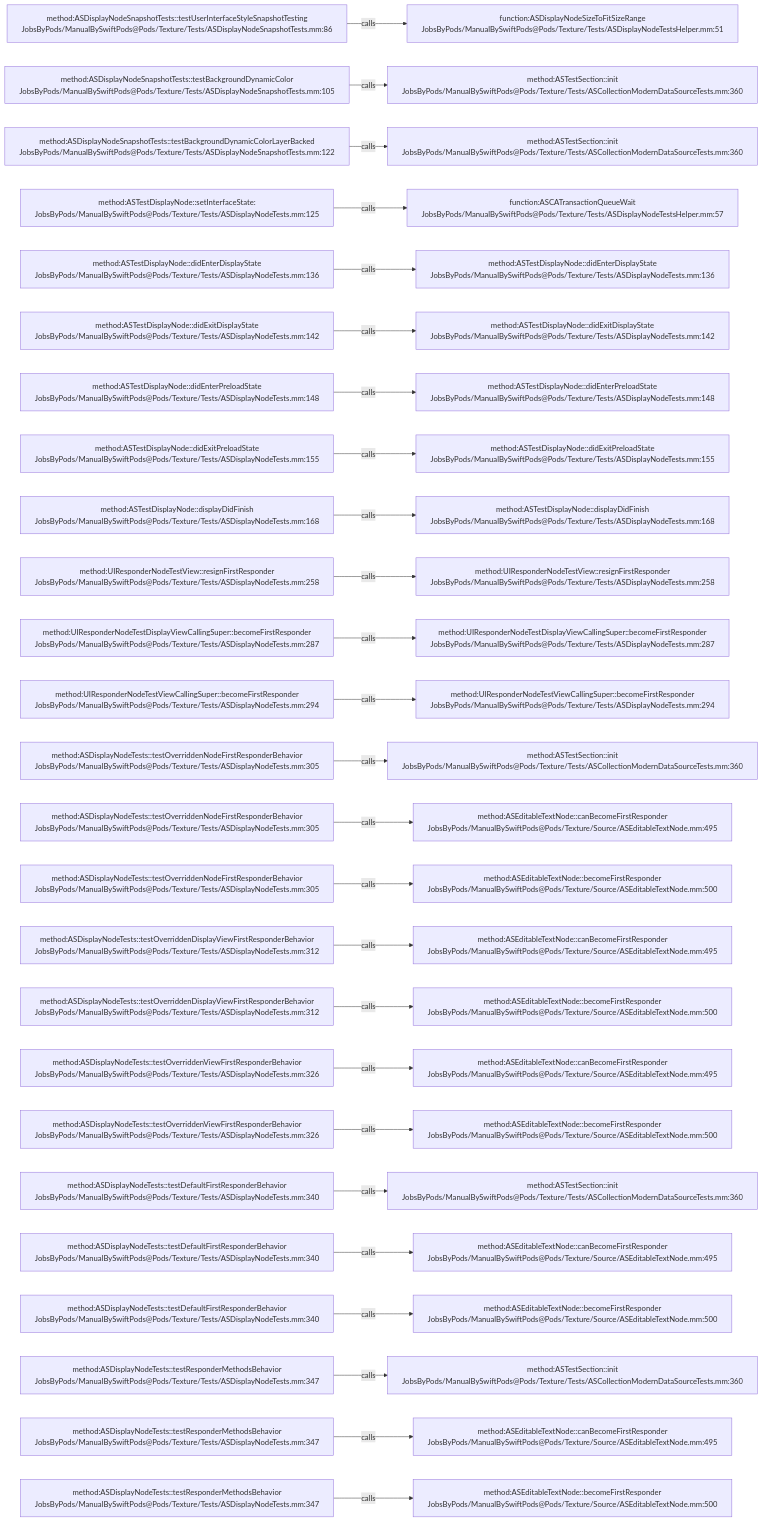
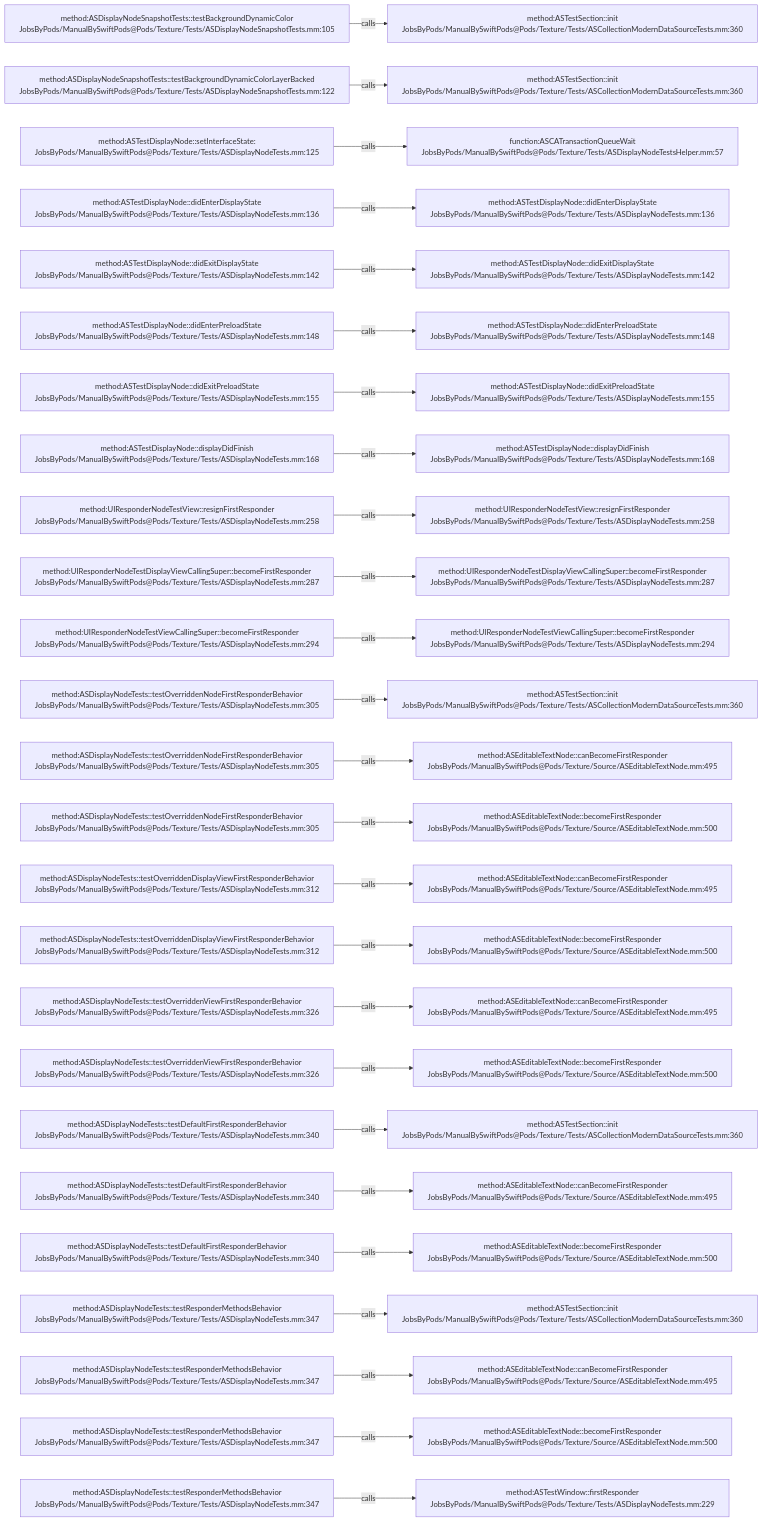
One commit to JobsKits/JobsSwiftBaseConfigDemo changed the diagram in .codegraph/codegraph.md/graphs/calls-186.md. Above: the diagram before and after it, drawn with Mermaid. The commit also changed 747 other files, not shown here.

````diff
--- a/.codegraph/codegraph.md/graphs/calls-186.md
+++ b/.codegraph/codegraph.md/graphs/calls-186.md
@@ -13,78 +13,78 @@
 ```mermaid
 flowchart LR
-  S1["method:ASDisplayNodeSnapshotTests::testUserInterfaceStyleSnapshotTesting<br/>JobsByPods/ManualBySwiftPods@Pods/Texture/Tests/ASDisplayNodeSnapshotTests.mm:86"]
-  T1["function:ASDisplayNodeSizeToFitSizeRange<br/>JobsByPods/ManualBySwiftPods@Pods/Texture/Tests/ASDisplayNodeTestsHelper.mm:51"]
+  S1["method:ASDisplayNodeSnapshotTests::testBackgroundDynamicColor<br/>JobsByPods/ManualBySwiftPods@Pods/Texture/Tests/ASDisplayNodeSnapshotTests.mm:105"]
+  T1["method:ASTestSection::init<br/>JobsByPods/ManualBySwiftPods@Pods/Texture/Tests/ASCollectionModernDataSourceTests.mm:360"]
   S1 -->|calls| T1
-  S2["method:ASDisplayNodeSnapshotTests::testBackgroundDynamicColor<br/>JobsByPods/ManualBySwiftPods@Pods/Texture/Tests/ASDisplayNodeSnapshotTests.mm:105"]
+  S2["method:ASDisplayNodeSnapshotTests::testBackgroundDynamicColorLayerBacked<br/>JobsByPods/ManualBySwiftPods@Pods/Texture/Tests/ASDisplayNodeSnapshotTests.mm:122"]
   T2["method:ASTestSection::init<br/>JobsByPods/ManualBySwiftPods@Pods/Texture/Tests/ASCollectionModernDataSourceTests.mm:360"]
   S2 -->|calls| T2
-  S3["method:ASDisplayNodeSnapshotTests::testBackgroundDynamicColorLayerBacked<br/>JobsByPods/ManualBySwiftPods@Pods/Texture/Tests/ASDisplayNodeSnapshotTests.mm:122"]
-  T3["method:ASTestSection::init<br/>JobsByPods/ManualBySwiftPods@Pods/Texture/Tests/ASCollectionModernDataSourceTests.mm:360"]
+  S3["method:ASTestDisplayNode::setInterfaceState:<br/>JobsByPods/ManualBySwiftPods@Pods/Texture/Tests/ASDisplayNodeTests.mm:125"]
+  T3["function:ASCATransactionQueueWait<br/>JobsByPods/ManualBySwiftPods@Pods/Texture/Tests/ASDisplayNodeTestsHelper.mm:57"]
   S3 -->|calls| T3
-  S4["method:ASTestDisplayNode::setInterfaceState:<br/>JobsByPods/ManualBySwiftPods@Pods/Texture/Tests/ASDisplayNodeTests.mm:125"]
-  T4["function:ASCATransactionQueueWait<br/>JobsByPods/ManualBySwiftPods@Pods/Texture/Tests/ASDisplayNodeTestsHelper.mm:57"]
+  S4["method:ASTestDisplayNode::didEnterDisplayState<br/>JobsByPods/ManualBySwiftPods@Pods/Texture/Tests/ASDisplayNodeTests.mm:136"]
+  T4["method:ASTestDisplayNode::didEnterDisplayState<br/>JobsByPods/ManualBySwiftPods@Pods/Texture/Tests/ASDisplayNodeTests.mm:136"]
   S4 -->|calls| T4
-  S5["method:ASTestDisplayNode::didEnterDisplayState<br/>JobsByPods/ManualBySwiftPods@Pods/Texture/Tests/ASDisplayNodeTests.mm:136"]
-  T5["method:ASTestDisplayNode::didEnterDisplayState<br/>JobsByPods/ManualBySwiftPods@Pods/Texture/Tests/ASDisplayNodeTests.mm:136"]
+  S5["method:ASTestDisplayNode::didExitDisplayState<br/>JobsByPods/ManualBySwiftPods@Pods/Texture/Tests/ASDisplayNodeTests.mm:142"]
+  T5["method:ASTestDisplayNode::didExitDisplayState<br/>JobsByPods/ManualBySwiftPods@Pods/Texture/Tests/ASDisplayNodeTests.mm:142"]
   S5 -->|calls| T5
-  S6["method:ASTestDisplayNode::didExitDisplayState<br/>JobsByPods/ManualBySwiftPods@Pods/Texture/Tests/ASDisplayNodeTests.mm:142"]
-  T6["method:ASTestDisplayNode::didExitDisplayState<br/>JobsByPods/ManualBySwiftPods@Pods/Texture/Tests/ASDisplayNodeTests.mm:142"]
+  S6["method:ASTestDisplayNode::didEnterPreloadState<br/>JobsByPods/ManualBySwiftPods@Pods/Texture/Tests/ASDisplayNodeTests.mm:148"]
+  T6["method:ASTestDisplayNode::didEnterPreloadState<br/>JobsByPods/ManualBySwiftPods@Pods/Texture/Tests/ASDisplayNodeTests.mm:148"]
   S6 -->|calls| T6
-  S7["method:ASTestDisplayNode::didEnterPreloadState<br/>JobsByPods/ManualBySwiftPods@Pods/Texture/Tests/ASDisplayNodeTests.mm:148"]
-  T7["method:ASTestDisplayNode::didEnterPreloadState<br/>JobsByPods/ManualBySwiftPods@Pods/Texture/Tests/ASDisplayNodeTests.mm:148"]
+  S7["method:ASTestDisplayNode::didExitPreloadState<br/>JobsByPods/ManualBySwiftPods@Pods/Texture/Tests/ASDisplayNodeTests.mm:155"]
+  T7["method:ASTestDisplayNode::didExitPreloadState<br/>JobsByPods/ManualBySwiftPods@Pods/Texture/Tests/ASDisplayNodeTests.mm:155"]
   S7 -->|calls| T7
-  S8["method:ASTestDisplayNode::didExitPreloadState<br/>JobsByPods/ManualBySwiftPods@Pods/Texture/Tests/ASDisplayNodeTests.mm:155"]
-  T8["method:ASTestDisplayNode::didExitPreloadState<br/>JobsByPods/ManualBySwiftPods@Pods/Texture/Tests/ASDisplayNodeTests.mm:155"]
+  S8["method:ASTestDisplayNode::displayDidFinish<br/>JobsByPods/ManualBySwiftPods@Pods/Texture/Tests/ASDisplayNodeTests.mm:168"]
+  T8["method:ASTestDisplayNode::displayDidFinish<br/>JobsByPods/ManualBySwiftPods@Pods/Texture/Tests/ASDisplayNodeTests.mm:168"]
   S8 -->|calls| T8
-  S9["method:ASTestDisplayNode::displayDidFinish<br/>JobsByPods/ManualBySwiftPods@Pods/Texture/Tests/ASDisplayNodeTests.mm:168"]
-  T9["method:ASTestDisplayNode::displayDidFinish<br/>JobsByPods/ManualBySwiftPods@Pods/Texture/Tests/ASDisplayNodeTests.mm:168"]
+  S9["method:UIResponderNodeTestView::resignFirstResponder<br/>JobsByPods/ManualBySwiftPods@Pods/Texture/Tests/ASDisplayNodeTests.mm:258"]
+  T9["method:UIResponderNodeTestView::resignFirstResponder<br/>JobsByPods/ManualBySwiftPods@Pods/Texture/Tests/ASDisplayNodeTests.mm:258"]
   S9 -->|calls| T9
-  S10["method:UIResponderNodeTestView::resignFirstResponder<br/>JobsByPods/ManualBySwiftPods@Pods/Texture/Tests/ASDisplayNodeTests.mm:258"]
-  T10["method:UIResponderNodeTestView::resignFirstResponder<br/>JobsByPods/ManualBySwiftPods@Pods/Texture/Tests/ASDisplayNodeTests.mm:258"]
+  S10["method:UIResponderNodeTestDisplayViewCallingSuper::becomeFirstResponder<br/>JobsByPods/ManualBySwiftPods@Pods/Texture/Tests/ASDisplayNodeTests.mm:287"]
+  T10["method:UIResponderNodeTestDisplayViewCallingSuper::becomeFirstResponder<br/>JobsByPods/ManualBySwiftPods@Pods/Texture/Tests/ASDisplayNodeTests.mm:287"]
   S10 -->|calls| T10
-  S11["method:UIResponderNodeTestDisplayViewCallingSuper::becomeFirstResponder<br/>JobsByPods/ManualBySwiftPods@Pods/Texture/Tests/ASDisplayNodeTests.mm:287"]
-  T11["method:UIResponderNodeTestDisplayViewCallingSuper::becomeFirstResponder<br/>JobsByPods/ManualBySwiftPods@Pods/Texture/Tests/ASDisplayNodeTests.mm:287"]
+  S11["method:UIResponderNodeTestViewCallingSuper::becomeFirstResponder<br/>JobsByPods/ManualBySwiftPods@Pods/Texture/Tests/ASDisplayNodeTests.mm:294"]
+  T11["method:UIResponderNodeTestViewCallingSuper::becomeFirstResponder<br/>JobsByPods/ManualBySwiftPods@Pods/Texture/Tests/ASDisplayNodeTests.mm:294"]
   S11 -->|calls| T11
-  S12["method:UIResponderNodeTestViewCallingSuper::becomeFirstResponder<br/>JobsByPods/ManualBySwiftPods@Pods/Texture/Tests/ASDisplayNodeTests.mm:294"]
-  T12["method:UIResponderNodeTestViewCallingSuper::becomeFirstResponder<br/>JobsByPods/ManualBySwiftPods@Pods/Texture/Tests/ASDisplayNodeTests.mm:294"]
+  S12["method:ASDisplayNodeTests::testOverriddenNodeFirstResponderBehavior<br/>JobsByPods/ManualBySwiftPods@Pods/Texture/Tests/ASDisplayNodeTests.mm:305"]
+  T12["method:ASTestSection::init<br/>JobsByPods/ManualBySwiftPods@Pods/Texture/Tests/ASCollectionModernDataSourceTests.mm:360"]
   S12 -->|calls| T12
   S13["method:ASDisplayNodeTests::testOverriddenNodeFirstResponderBehavior<br/>JobsByPods/ManualBySwiftPods@Pods/Texture/Tests/ASDisplayNodeTests.mm:305"]
-  T13["method:ASTestSection::init<br/>JobsByPods/ManualBySwiftPods@Pods/Texture/Tests/ASCollectionModernDataSourceTests.mm:360"]
+  T13["method:ASEditableTextNode::canBecomeFirstResponder<br/>JobsByPods/ManualBySwiftPods@Pods/Texture/Source/ASEditableTextNode.mm:495"]
   S13 -->|calls| T13
   S14["method:ASDisplayNodeTests::testOverriddenNodeFirstResponderBehavior<br/>JobsByPods/ManualBySwiftPods@Pods/Texture/Tests/ASDisplayNodeTests.mm:305"]
-  T14["method:ASEditableTextNode::canBecomeFirstResponder<br/>JobsByPods/ManualBySwiftPods@Pods/Texture/Source/ASEditableTextNode.mm:495"]
+  T14["method:ASEditableTextNode::becomeFirstResponder<br/>JobsByPods/ManualBySwiftPods@Pods/Texture/Source/ASEditableTextNode.mm:500"]
   S14 -->|calls| T14
-  S15["method:ASDisplayNodeTests::testOverriddenNodeFirstResponderBehavior<br/>JobsByPods/ManualBySwiftPods@Pods/Texture/Tests/ASDisplayNodeTests.mm:305"]
-  T15["method:ASEditableTextNode::becomeFirstResponder<br/>JobsByPods/ManualBySwiftPods@Pods/Texture/Source/ASEditableTextNode.mm:500"]
+  S15["method:ASDisplayNodeTests::testOverriddenDisplayViewFirstResponderBehavior<br/>JobsByPods/ManualBySwiftPods@Pods/Texture/Tests/ASDisplayNodeTests.mm:312"]
+  T15["method:ASEditableTextNode::canBecomeFirstResponder<br/>JobsByPods/ManualBySwiftPods@Pods/Texture/Source/ASEditableTextNode.mm:495"]
   S15 -->|calls| T15
   S16["method:ASDisplayNodeTests::testOverriddenDisplayViewFirstResponderBehavior<br/>JobsByPods/ManualBySwiftPods@Pods/Texture/Tests/ASDisplayNodeTests.mm:312"]
-  T16["method:ASEditableTextNode::canBecomeFirstResponder<br/>JobsByPods/ManualBySwiftPods@Pods/Texture/Source/ASEditableTextNode.mm:495"]
+  T16["method:ASEditableTextNode::becomeFirstResponder<br/>JobsByPods/ManualBySwiftPods@Pods/Texture/Source/ASEditableTextNode.mm:500"]
   S16 -->|calls| T16
-  S17["method:ASDisplayNodeTests::testOverriddenDisplayViewFirstResponderBehavior<br/>JobsByPods/ManualBySwiftPods@Pods/Texture/Tests/ASDisplayNodeTests.mm:312"]
-  T17["method:ASEditableTextNode::becomeFirstResponder<br/>JobsByPods/ManualBySwiftPods@Pods/Texture/Source/ASEditableTextNode.mm:500"]
+  S17["method:ASDisplayNodeTests::testOverriddenViewFirstResponderBehavior<br/>JobsByPods/ManualBySwiftPods@Pods/Texture/Tests/ASDisplayNodeTests.mm:326"]
+  T17["method:ASEditableTextNode::canBecomeFirstResponder<br/>JobsByPods/ManualBySwiftPods@Pods/Texture/Source/ASEditableTextNode.mm:495"]
   S17 -->|calls| T17
   S18["method:ASDisplayNodeTests::testOverriddenViewFirstResponderBehavior<br/>JobsByPods/ManualBySwiftPods@Pods/Texture/Tests/ASDisplayNodeTests.mm:326"]
-  T18["method:ASEditableTextNode::canBecomeFirstResponder<br/>JobsByPods/ManualBySwiftPods@Pods/Texture/Source/ASEditableTextNode.mm:495"]
+  T18["method:ASEditableTextNode::becomeFirstResponder<br/>JobsByPods/ManualBySwiftPods@Pods/Texture/Source/ASEditableTextNode.mm:500"]
   S18 -->|calls| T18
-  S19["method:ASDisplayNodeTests::testOverriddenViewFirstResponderBehavior<br/>JobsByPods/ManualBySwiftPods@Pods/Texture/Tests/ASDisplayNodeTests.mm:326"]
-  T19["method:ASEditableTextNode::becomeFirstResponder<br/>JobsByPods/ManualBySwiftPods@Pods/Texture/Source/ASEditableTextNode.mm:500"]
+  S19["method:ASDisplayNodeTests::testDefaultFirstResponderBehavior<br/>JobsByPods/ManualBySwiftPods@Pods/Texture/Tests/ASDisplayNodeTests.mm:340"]
+  T19["method:ASTestSection::init<br/>JobsByPods/ManualBySwiftPods@Pods/Texture/Tests/ASCollectionModernDataSourceTests.mm:360"]
   S19 -->|calls| T19
   S20["method:ASDisplayNodeTests::testDefaultFirstResponderBehavior<br/>JobsByPods/ManualBySwiftPods@Pods/Texture/Tests/ASDisplayNodeTests.mm:340"]
-  T20["method:ASTestSection::init<br/>JobsByPods/ManualBySwiftPods@Pods/Texture/Tests/ASCollectionModernDataSourceTests.mm:360"]
+  T20["method:ASEditableTextNode::canBecomeFirstResponder<br/>JobsByPods/ManualBySwiftPods@Pods/Texture/Source/ASEditableTextNode.mm:495"]
   S20 -->|calls| T20
   S21["method:ASDisplayNodeTests::testDefaultFirstResponderBehavior<br/>JobsByPods/ManualBySwiftPods@Pods/Texture/Tests/ASDisplayNodeTests.mm:340"]
-  T21["method:ASEditableTextNode::canBecomeFirstResponder<br/>JobsByPods/ManualBySwiftPods@Pods/Texture/Source/ASEditableTextNode.mm:495"]
+  T21["method:ASEditableTextNode::becomeFirstResponder<br/>JobsByPods/ManualBySwiftPods@Pods/Texture/Source/ASEditableTextNode.mm:500"]
   S21 -->|calls| T21
-  S22["method:ASDisplayNodeTests::testDefaultFirstResponderBehavior<br/>JobsByPods/ManualBySwiftPods@Pods/Texture/Tests/ASDisplayNodeTests.mm:340"]
-  T22["method:ASEditableTextNode::becomeFirstResponder<br/>JobsByPods/ManualBySwiftPods@Pods/Texture/Source/ASEditableTextNode.mm:500"]
+  S22["method:ASDisplayNodeTests::testResponderMethodsBehavior<br/>JobsByPods/ManualBySwiftPods@Pods/Texture/Tests/ASDisplayNodeTests.mm:347"]
+  T22["method:ASTestSection::init<br/>JobsByPods/ManualBySwiftPods@Pods/Texture/Tests/ASCollectionModernDataSourceTests.mm:360"]
   S22 -->|calls| T22
   S23["method:ASDisplayNodeTests::testResponderMethodsBehavior<br/>JobsByPods/ManualBySwiftPods@Pods/Texture/Tests/ASDisplayNodeTests.mm:347"]
-  T23["method:ASTestSection::init<br/>JobsByPods/ManualBySwiftPods@Pods/Texture/Tests/ASCollectionModernDataSourceTests.mm:360"]
+  T23["method:ASEditableTextNode::canBecomeFirstResponder<br/>JobsByPods/ManualBySwiftPods@Pods/Texture/Source/ASEditableTextNode.mm:495"]
   S23 -->|calls| T23
   S24["method:ASDisplayNodeTests::testResponderMethodsBehavior<br/>JobsByPods/ManualBySwiftPods@Pods/Texture/Tests/ASDisplayNodeTests.mm:347"]
-  T24["method:ASEditableTextNode::canBecomeFirstResponder<br/>JobsByPods/ManualBySwiftPods@Pods/Texture/Source/ASEditableTextNode.mm:495"]
+  T24["method:ASEditableTextNode::becomeFirstResponder<br/>JobsByPods/ManualBySwiftPods@Pods/Texture/Source/ASEditableTextNode.mm:500"]
   S24 -->|calls| T24
   S25["method:ASDisplayNodeTests::testResponderMethodsBehavior<br/>JobsByPods/ManualBySwiftPods@Pods/Texture/Tests/ASDisplayNodeTests.mm:347"]
-  T25["method:ASEditableTextNode::becomeFirstResponder<br/>JobsByPods/ManualBySwiftPods@Pods/Texture/Source/ASEditableTextNode.mm:500"]
+  T25["method:ASTestWindow::firstResponder<br/>JobsByPods/ManualBySwiftPods@Pods/Texture/Tests/ASDisplayNodeTests.mm:229"]
   S25 -->|calls| T25
 ```
````
